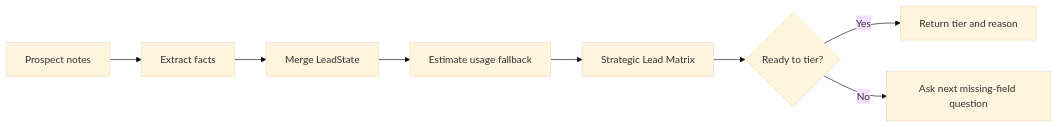
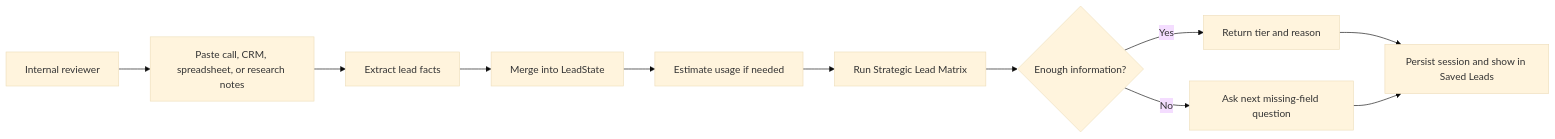
One commit to dirm02/OnitTest changed the diagram in README.md. Above: the diagram before and after it, drawn with Mermaid (base theme). The commit also changed other lines of this file and 1 other file, not shown here.

````diff
--- a/README.md
+++ b/README.md
@@ -79,10 +159,13 @@
 ```mermaid
 flowchart LR
-    A["Prospect notes"] --> B["Extract facts"]
-    B --> C["Merge LeadState"]
-    C --> D["Estimate usage fallback"]
-    D --> E["Strategic Lead Matrix"]
-    E --> F{"Ready to tier?"}
-    F -->|Yes| G["Return tier and reason"]
-    F -->|No| H["Ask next missing-field question"]
+    A["Internal reviewer"] --> B["Paste call, CRM, spreadsheet, or research notes"]
+    B --> C["Extract lead facts"]
+    C --> D["Merge into LeadState"]
+    D --> E["Estimate usage if needed"]
+    E --> F["Run Strategic Lead Matrix"]
+    F --> G{"Enough information?"}
+    G -->|Yes| H["Return tier and reason"]
+    G -->|No| I["Ask next missing-field question"]
+    H --> J["Persist session and show in Saved Leads"]
+    I --> J
 ```
````
